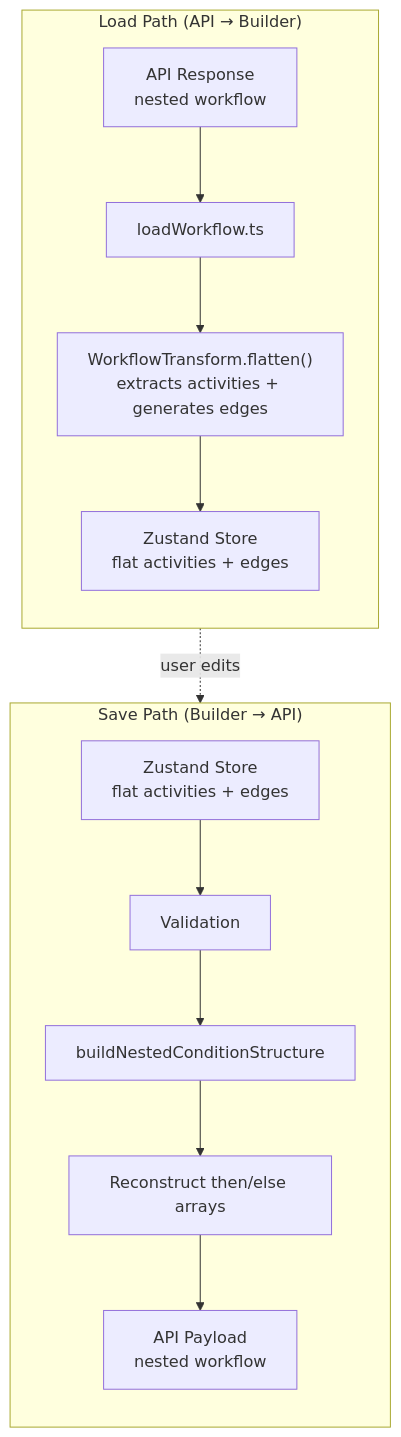
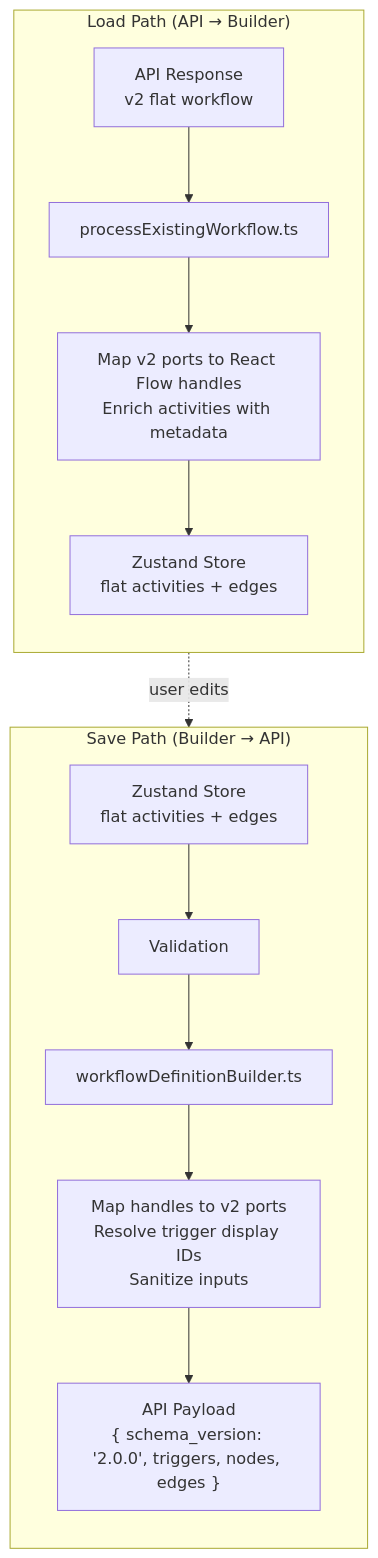
One commit to alinabuzachis/syntara changed the tenth of 18 diagrams in docs/architecture.md. Above: the diagram before and after it, drawn with Mermaid. The commit also changed other lines of this file and 6 other files, not shown here.

First line of the commit message:
chore(docs): update and simplify all docs for v2 workflow schema (#533)

````diff
--- a/docs/architecture.md
+++ b/docs/architecture.md
@@ -752,19 +745,19 @@
 ```mermaid
 flowchart TB
   subgraph Load["Load Path (API → Builder)"]
     direction TB
-    L1[API Response<br/>nested workflow] --> L2[loadWorkflow.ts]
-    L2 --> L3["WorkflowTransform.flatten()<br/>extracts activities + generates edges"]
+    L1[API Response<br/>v2 flat workflow] --> L2[processExistingWorkflow.ts]
+    L2 --> L3["Map v2 ports to React Flow handles<br/>Enrich activities with metadata"]
     L3 --> L6[Zustand Store<br/>flat activities + edges]
   end
 
   subgraph Save["Save Path (Builder → API)"]
     direction TB
     S1[Zustand Store<br/>flat activities + edges] --> S2[Validation]
-    S2 --> S3[buildNestedConditionStructure]
-    S3 --> S4[Reconstruct then/else arrays]
-    S4 --> S5[API Payload<br/>nested workflow]
+    S2 --> S3[workflowDefinitionBuilder.ts]
+    S3 --> S4["Map handles to v2 ports<br/>Resolve trigger display IDs<br/>Sanitize inputs"]
+    S4 --> S5["API Payload<br/>{ schema_version: '2.0.0', triggers, nodes, edges }"]
   end
 
   Load -.->|"user edits"| Save
 ```
````
